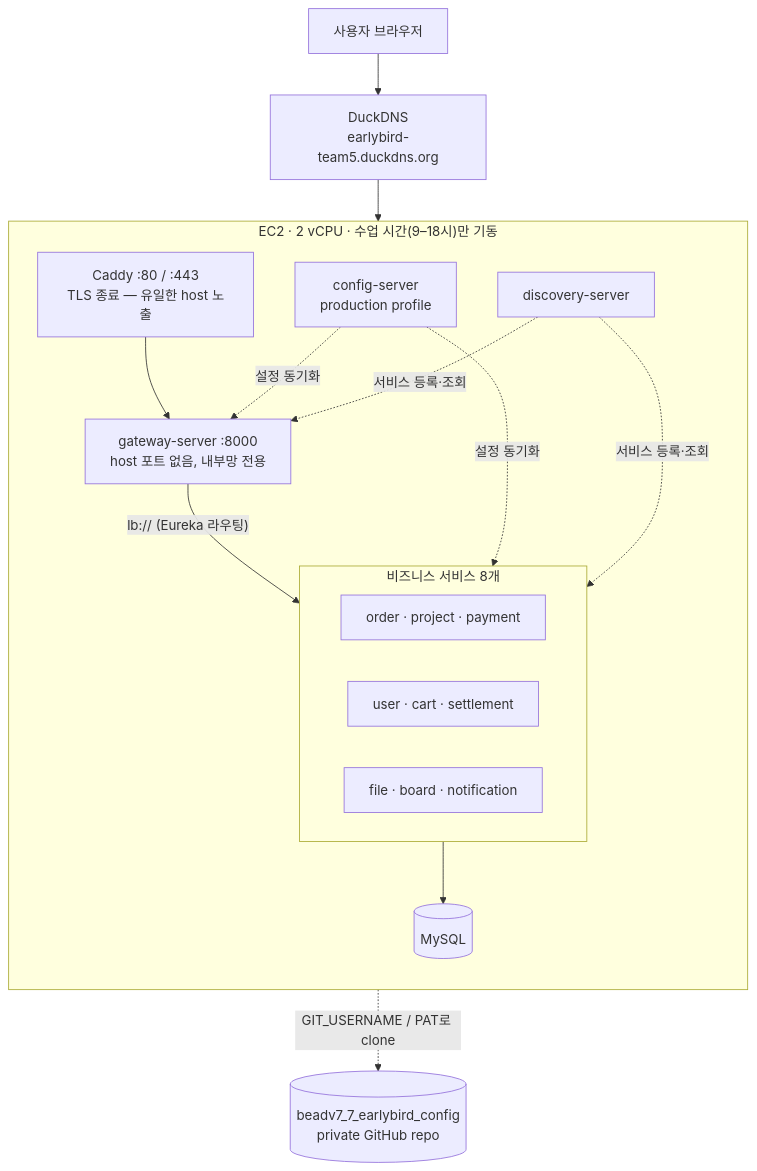
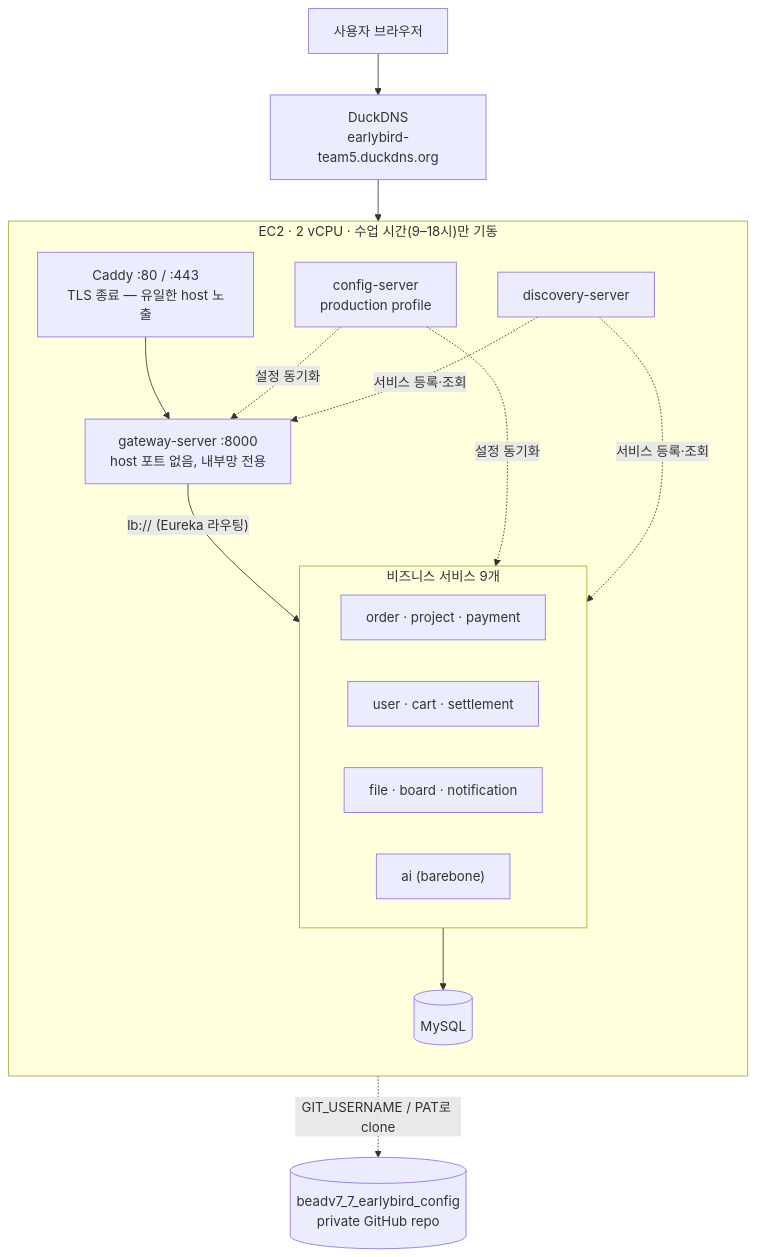
The second of 3 diagrams in docs/summary/INFRA_DIAGRAM.md (prgrms-be-adv-devcourse/beadv7_7_earlybird_BE), drawn with Mermaid before and after one commit. The commit also changed other lines of this file and 2 other files, not shown here.

````diff
--- a/docs/summary/INFRA_DIAGRAM.md
+++ b/docs/summary/INFRA_DIAGRAM.md
@@ -63,33 +64,34 @@
 ```mermaid
 flowchart TD
   USER2["사용자 브라우저"]
   DNS["DuckDNS<br/>earlybird-team5.duckdns.org"]
 
   subgraph EC2["EC2 · 2 vCPU · 수업 시간(9–18시)만 기동"]
     direction TB
     CADDY["Caddy :80 / :443<br/>TLS 종료 — 유일한 host 노출"]
     GW2["gateway-server :8000<br/>host 포트 없음, 내부망 전용"]
 
-    subgraph SVC2["비즈니스 서비스 8개"]
+    subgraph SVC2["비즈니스 서비스 9개"]
       direction LR
       S1["order · project · payment"]
       S2["user · cart · settlement"]
       S3["file · board · notification"]
+      S4["ai (barebone)"]
     end
 
     CFG2["config-server<br/>production profile"]
     DISC2["discovery-server"]
     MYSQL2[("MySQL")]
   end
 
   CONFIGREPO2[("beadv7_7_earlybird_config<br/>private GitHub repo")]
 
   USER2 --> DNS --> CADDY --> GW2
   GW2 -->|"lb:// (Eureka 라우팅)"| SVC2
   CFG2 -.->|"GIT_USERNAME / PAT로 clone"| CONFIGREPO2
   CFG2 -.->|설정 동기화| GW2
   CFG2 -.->|설정 동기화| SVC2
   DISC2 -.->|서비스 등록·조회| GW2
   DISC2 -.->|서비스 등록·조회| SVC2
   SVC2 --> MYSQL2
 ```
````
